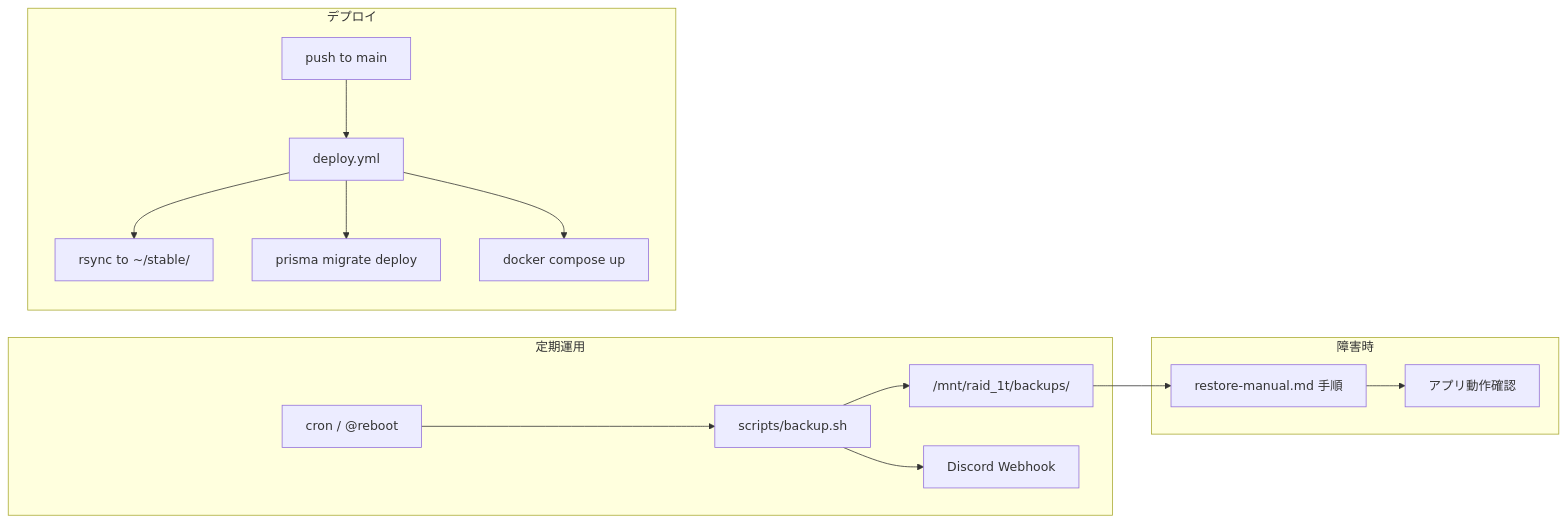
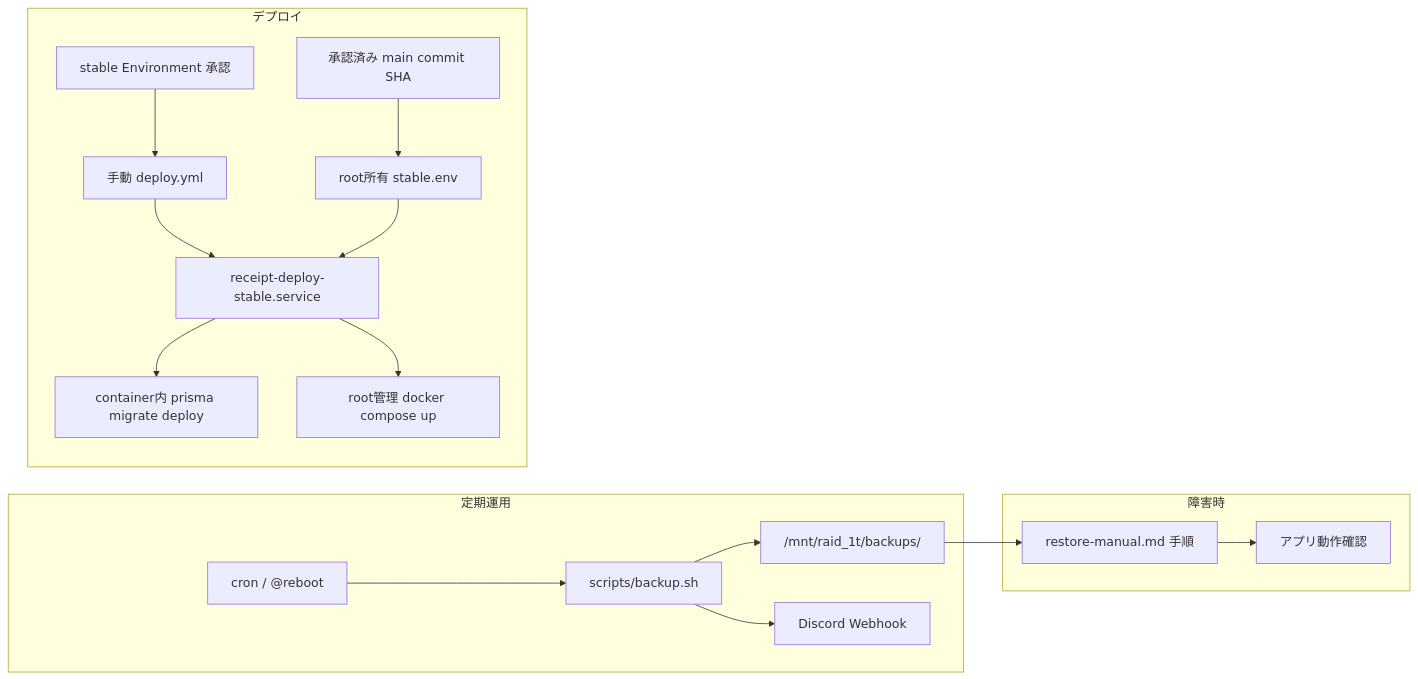
One commit to yama180sx/receipt-ai-app changed the diagram in docs/design/operations.md. Above: the diagram before and after it, drawn with Mermaid. The commit also changed other lines of this file and 12 other files, not shown here.

````diff
--- a/docs/design/operations.md
+++ b/docs/design/operations.md
@@ -337,20 +337,22 @@
 ```mermaid
 flowchart LR
   subgraph daily [定期運用]
     Cron[cron / @reboot] --> Backup[scripts/backup.sh]
     Backup --> RAID["/mnt/raid_1t/backups/"]
     Backup --> Discord[Discord Webhook]
   end
 
   subgraph deploy [デプロイ]
-    MainPush[push to main] --> GHA[deploy.yml]
-    GHA --> Rsync[rsync to ~/stable/]
-    GHA --> Migrate[prisma migrate deploy]
-    GHA --> Compose[docker compose up]
+    Main[承認済み main commit SHA] --> RootConfig[root所有 stable.env]
+    Approval[stable Environment 承認] --> GHA[手動 deploy.yml]
+    GHA --> Unit[receipt-deploy-stable.service]
+    RootConfig --> Unit
+    Unit --> Migrate[container内 prisma migrate deploy]
+    Unit --> Compose[root管理 docker compose up]
   end
 
   subgraph recovery [障害時]
     RAID --> Restore[restore-manual.md 手順]
     Restore --> App[アプリ動作確認]
   end
 ```
````
